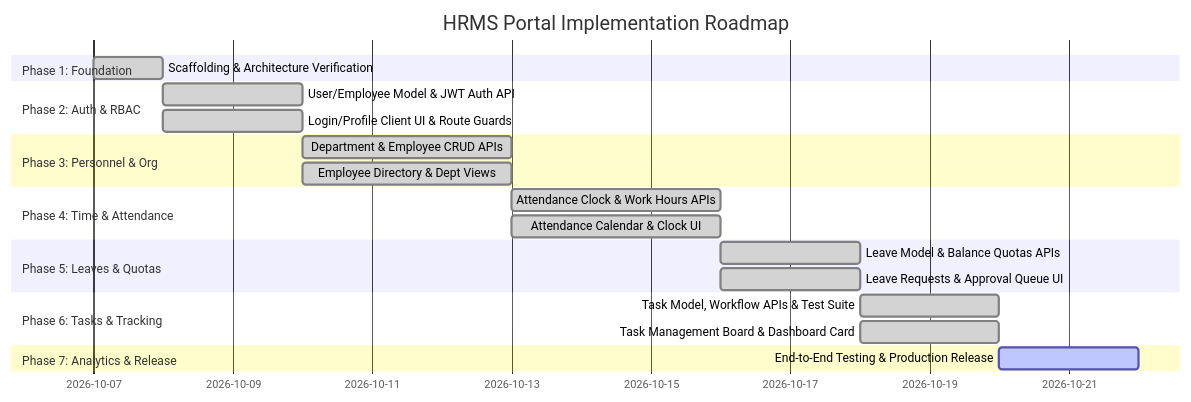
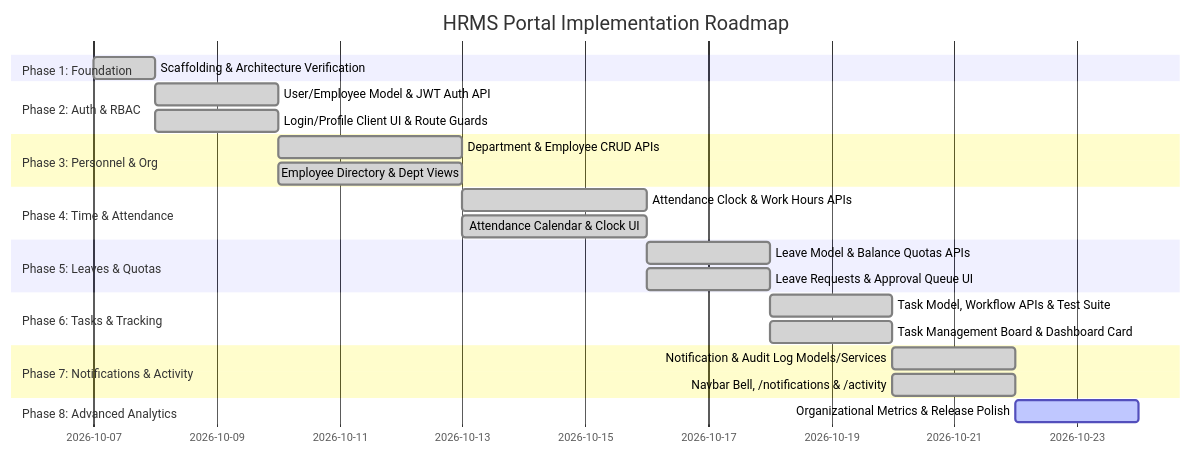
Before and after one commit to Arshad-010/HRMS-portal: the second of 2 diagrams in docs/ARCHITECTURE.md, drawn with Mermaid. The commit also changed other lines of this file and 8 other files, not shown here.

Commit message:
feat(frontend): implement Notification Center, Activity Audit Log, Dashboard alerts, and docs update

````diff
--- a/docs/ARCHITECTURE.md
+++ b/docs/ARCHITECTURE.md
@@ -482,24 +490,27 @@
 ```mermaid
 gantt
     title HRMS Portal Implementation Roadmap
     dateFormat  YYYY-MM-DD
     section Phase 1: Foundation
     Scaffolding & Architecture Verification  :done, p1, 2026-10-07, 1d
     section Phase 2: Auth & RBAC
     User/Employee Model & JWT Auth API       :done, p2_1, 2026-10-08, 2d
     Login/Profile Client UI & Route Guards   :done, p2_2, 2026-10-08, 2d
     section Phase 3: Personnel & Org
     Department & Employee CRUD APIs          :done, p3_1, 2026-10-10, 3d
     Employee Directory & Dept Views          :done, p3_2, 2026-10-10, 3d
     section Phase 4: Time & Attendance
     Attendance Clock & Work Hours APIs       :done, p4_1, 2026-10-13, 3d
     Attendance Calendar & Clock UI           :done, p4_2, 2026-10-13, 3d
     section Phase 5: Leaves & Quotas
     Leave Model & Balance Quotas APIs        :done, p5_1, 2026-10-16, 2d
     Leave Requests & Approval Queue UI       :done, p5_2, 2026-10-16, 2d
     section Phase 6: Tasks & Tracking
     Task Model, Workflow APIs & Test Suite   :done, p6_1, 2026-10-18, 2d
     Task Management Board & Dashboard Card   :done, p6_2, 2026-10-18, 2d
-    section Phase 7: Analytics & Release
-    End-to-End Testing & Production Release  :active, p7, 2026-10-20, 2d
+    section Phase 7: Notifications & Activity
+    Notification & Audit Log Models/Services :done, p7_1, 2026-10-20, 2d
+    Navbar Bell, /notifications & /activity  :done, p7_2, 2026-10-20, 2d
+    section Phase 8: Advanced Analytics
+    Organizational Metrics & Release Polish  :active, p8, 2026-10-22, 2d
 ```
````
